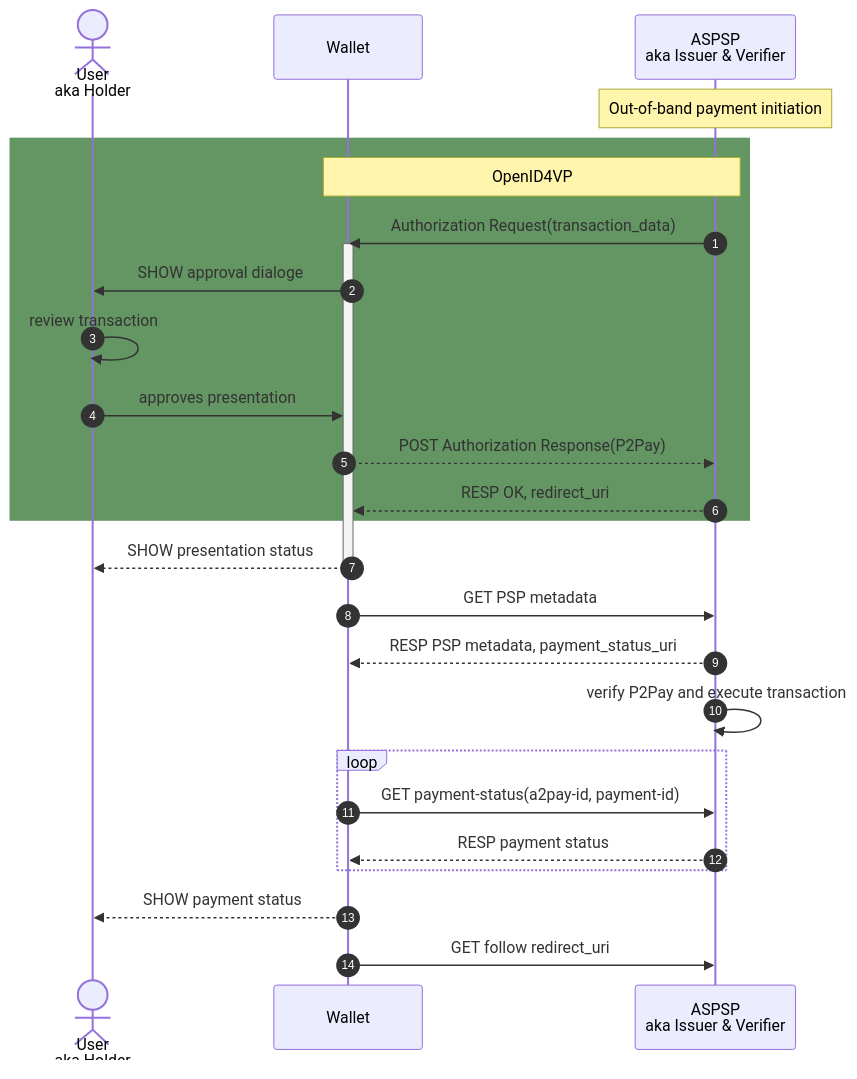
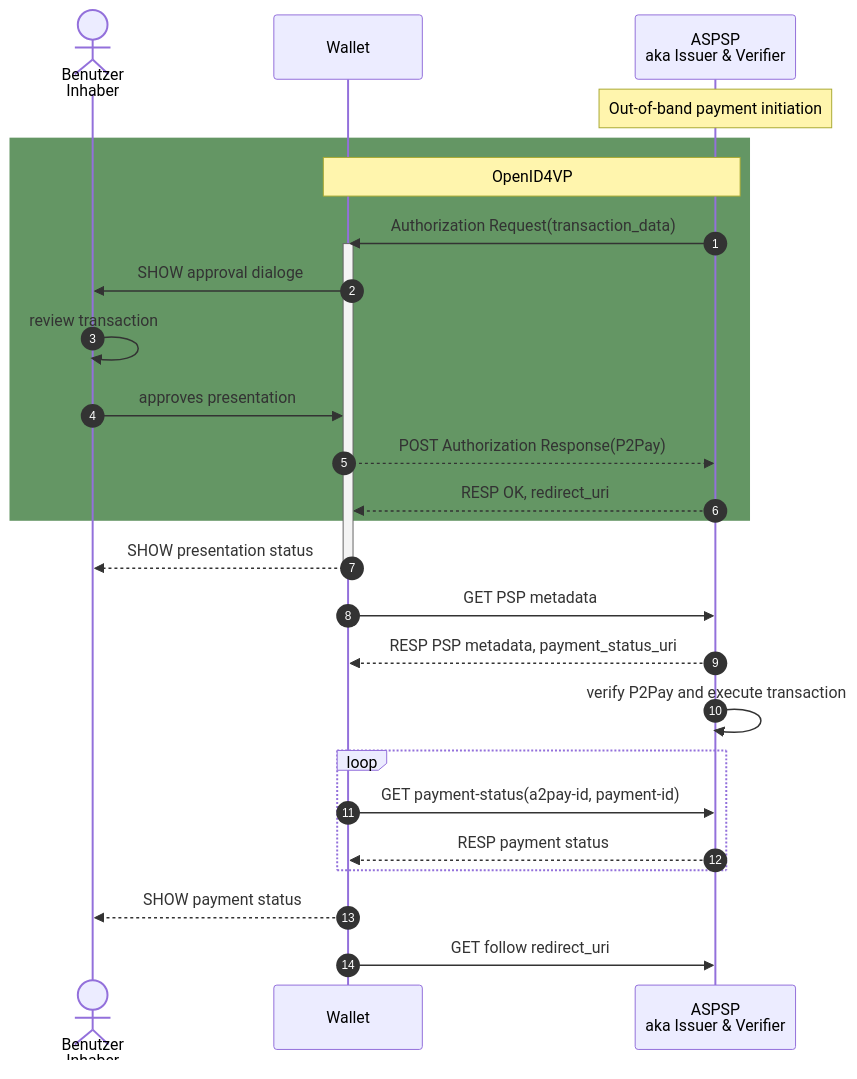
Before and after one commit to frogman/tomcat: the diagram in readme.md, drawn with Mermaid.

````diff
--- a/readme.md
+++ b/readme.md
@@ -1,33 +1,33 @@
 ```mermaid
 
 sequenceDiagram
     autonumber
-    actor user as User<br/>aka Holder
+    actor user as Benutzer<br/>Inhaber
     participant wallet as Wallet 
     participant psp as ASPSP<br/>aka Issuer & Verifier
 
     Note over psp: Out-of-band payment initiation
     rect rgb(100, 150, 100)
     note over wallet, psp: OpenID4VP
     psp ->> wallet: Authorization Request(transaction_data)
     activate wallet
     wallet ->> user: SHOW approval dialoge
     user ->> user: review transaction
     user ->> wallet: approves presentation
     wallet -->> psp: POST Authorization Response(P2Pay)
     psp -->> wallet: RESP OK, redirect_uri
     end
     wallet -->> user: SHOW presentation status
     deactivate wallet
     wallet ->> psp: GET PSP metadata
     psp -->> wallet: RESP PSP metadata, payment_status_uri
     psp ->> psp: verify P2Pay and execute transaction
     loop
     wallet ->> psp: GET payment-status(a2pay-id, payment-id)
 
     psp -->> wallet: RESP payment status 
     end
     wallet -->> user: SHOW payment status
     wallet ->> psp: GET follow redirect_uri
 
 ```
````
